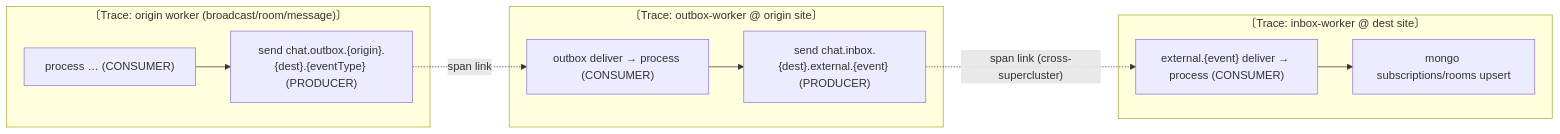
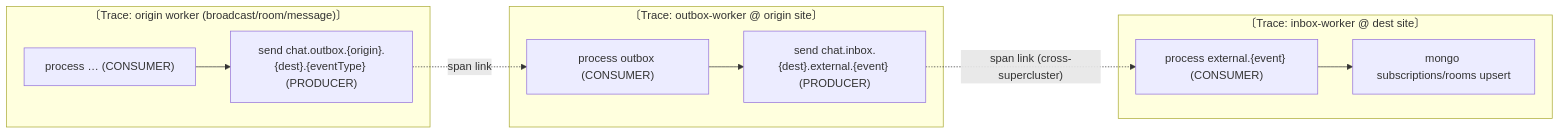
One commit to hmchangw/newchat changed the fourth of 5 diagrams in docs/specs/o11y/o11y-trace-design.md. Above: the diagram before and after it, drawn with Mermaid. The commit also changed other lines of this file and 47 other files, not shown here.

````diff
--- a/docs/specs/o11y/o11y-trace-design.md
+++ b/docs/specs/o11y/o11y-trace-design.md
@@ -270,20 +269,20 @@
 ```mermaid
 flowchart LR
     subgraph TOrigin["〔Trace: origin worker (broadcast/room/message)〕"]
       Op["process … (CONSUMER)"]
       Osend["send chat.outbox.{origin}.{dest}.{eventType} (PRODUCER)"]
       Op --> Osend
     end
     subgraph TRelay["〔Trace: outbox-worker @ origin site〕"]
-      Rp["outbox deliver → process (CONSUMER)"]
+      Rp["process outbox (CONSUMER)"]
       Rsend["send chat.inbox.{dest}.external.{event} (PRODUCER)"]
       Rp --> Rsend
     end
     subgraph TDest["〔Trace: inbox-worker @ dest site〕"]
-      Dp["external.{event} deliver → process (CONSUMER)"]
+      Dp["process external.{event} (CONSUMER)"]
       Dmongo["mongo subscriptions/rooms upsert"]
       Dp --> Dmongo
     end
     Osend -. "span link" .-> Rp
     Rsend -. "span link (cross-supercluster)" .-> Dp
 ```
````
